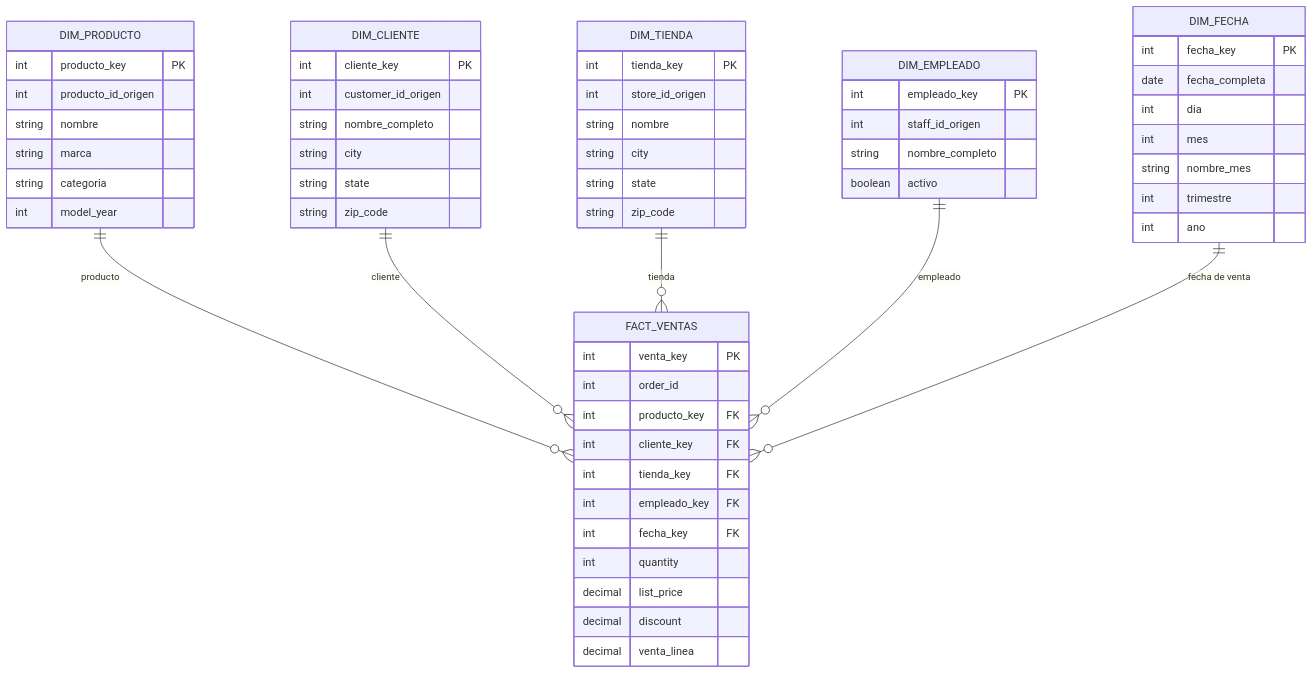
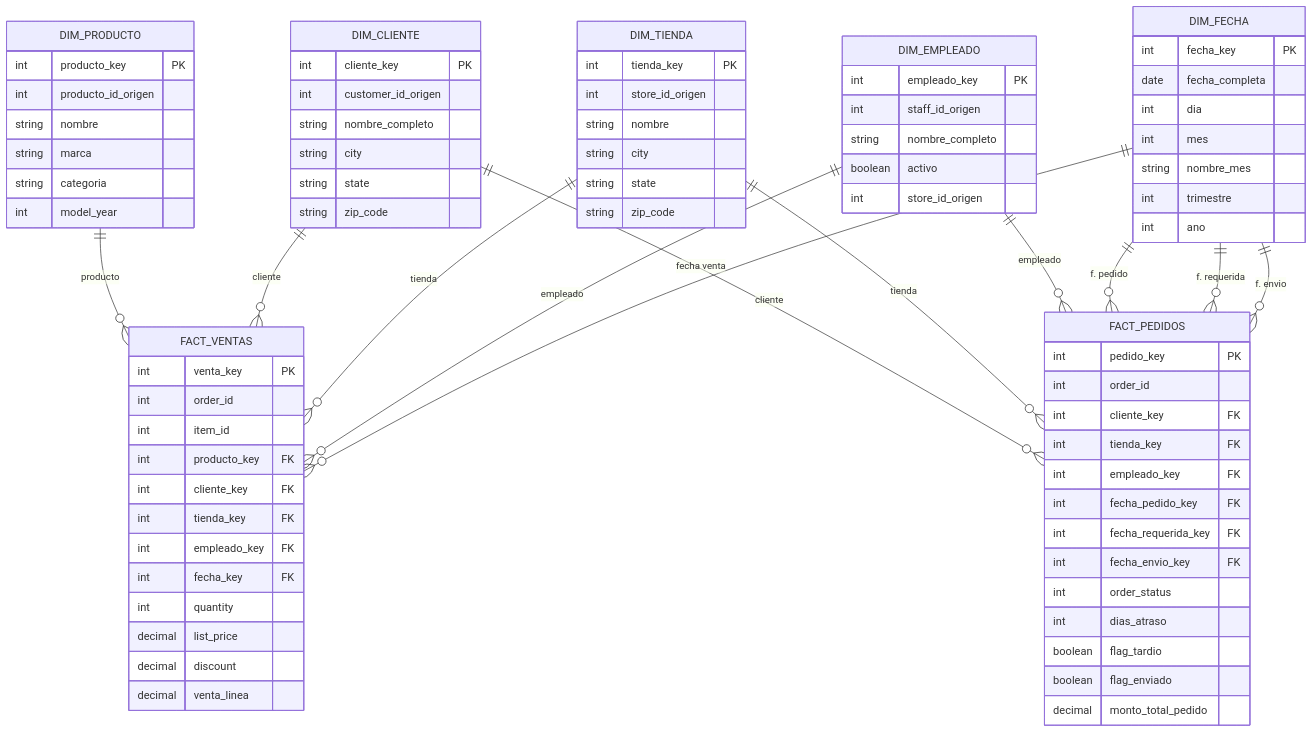
Before and after one commit to francoquiros/Proyecto-Final-BikeStore: the diagram in README.md, drawn with Mermaid.

Commit message:
Add fact_pedidos to ER diagram
Added FACT_PEDIDOS entity with relevant fields to the ER diagram.

````diff
--- a/README.md
+++ b/README.md
@@ -28,6 +28,16 @@
 ```mermaid
 erDiagram
-
+    DIM_PRODUCTO ||--o{ FACT_VENTAS : producto
+    DIM_CLIENTE ||--o{ FACT_VENTAS : cliente
+    DIM_TIENDA ||--o{ FACT_VENTAS : tienda
+    DIM_EMPLEADO ||--o{ FACT_VENTAS : empleado
+    DIM_FECHA ||--o{ FACT_VENTAS : "fecha venta"
+    DIM_CLIENTE ||--o{ FACT_PEDIDOS : cliente
+    DIM_TIENDA ||--o{ FACT_PEDIDOS : tienda
+    DIM_EMPLEADO ||--o{ FACT_PEDIDOS : empleado
+    DIM_FECHA ||--o{ FACT_PEDIDOS : "f. pedido"
+    DIM_FECHA ||--o{ FACT_PEDIDOS : "f. requerida"
+    DIM_FECHA ||--o{ FACT_PEDIDOS : "f. envio"
     DIM_PRODUCTO {
         int producto_key PK
         int producto_id_origen
@@ -36,7 +46,6 @@
         string categoria
         int model_year
     }
-
     DIM_CLIENTE {
         int cliente_key PK
         int customer_id_origen
@@ -45,7 +54,6 @@
         string state
         string zip_code
     }
-
     DIM_TIENDA {
         int tienda_key PK
         int store_id_origen
@@ -54,14 +62,13 @@
         string state
         string zip_code
     }
-
     DIM_EMPLEADO {
         int empleado_key PK
         int staff_id_origen
         string nombre_completo
         boolean activo
+        int store_id_origen
     }
-
     DIM_FECHA {
         int fecha_key PK
         date fecha_completa
@@ -71,10 +78,10 @@
         int trimestre
         int ano
     }
-
     FACT_VENTAS {
         int venta_key PK
         int order_id
+        int item_id
         int producto_key FK
         int cliente_key FK
         int tienda_key FK
@@ -85,10 +92,19 @@
         decimal discount
         decimal venta_linea
     }
-
-    DIM_PRODUCTO ||--o{ FACT_VENTAS : "producto"
-    DIM_CLIENTE ||--o{ FACT_VENTAS : "cliente"
-    DIM_TIENDA ||--o{ FACT_VENTAS : "tienda"
-    DIM_EMPLEADO ||--o{ FACT_VENTAS : "empleado"
-    DIM_FECHA ||--o{ FACT_VENTAS : "fecha de venta"
+    FACT_PEDIDOS {
+        int pedido_key PK
+        int order_id
+        int cliente_key FK
+        int tienda_key FK
+        int empleado_key FK
+        int fecha_pedido_key FK
+        int fecha_requerida_key FK
+        int fecha_envio_key FK
+        int order_status
+        int dias_atraso
+        boolean flag_tardio
+        boolean flag_enviado
+        decimal monto_total_pedido
+    }
 ```
````
